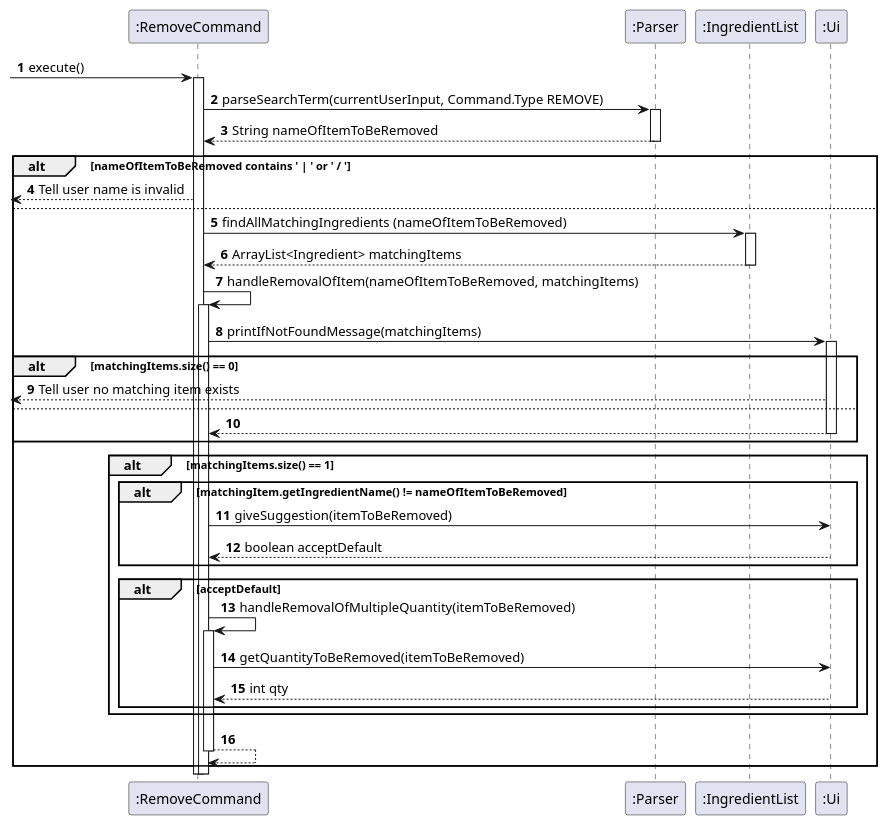
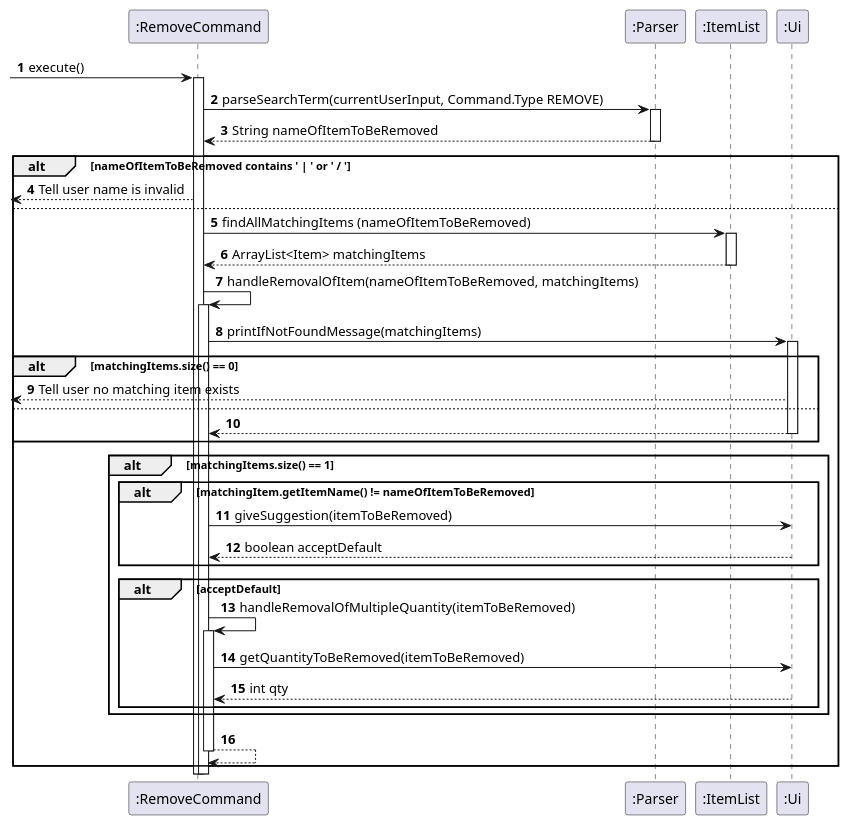
One commit to uosjapuelks/tp changed the diagram in docs/umlDiagrams/RemoveCommand.puml. Above: the diagram before and after it, drawn with PlantUML. The commit also changed 40 other files, not shown here.

Commit message:
Standardized to use Item instead of Ingredient.

```diff
--- a/docs/umlDiagrams/RemoveCommand.puml
+++ b/docs/umlDiagrams/RemoveCommand.puml
@@ -1,70 +1,70 @@
 @startuml
 'https://plantuml.com/sequence-diagram
 
 autonumber
 
 -> ":RemoveCommand": execute()
 
 activate ":RemoveCommand"
 
 ":RemoveCommand" -> ":Parser" : parseSearchTerm(currentUserInput, Command.Type REMOVE)
 activate ":Parser"
 ":RemoveCommand" <-- ":Parser": String nameOfItemToBeRemoved
 deactivate ":Parser"
 
 alt nameOfItemToBeRemoved contains ' | ' or ' / '
 
     <-- ":RemoveCommand" : Tell user name is invalid
 
 else
 
-    ":RemoveCommand" -> ":IngredientList" : findAllMatchingIngredients (nameOfItemToBeRemoved)
-    activate ":IngredientList"
-    ":RemoveCommand" <-- ":IngredientList" : ArrayList<Ingredient> matchingItems
-    deactivate ":IngredientList"
+    ":RemoveCommand" -> ":ItemList" : findAllMatchingItems (nameOfItemToBeRemoved)
+    activate ":ItemList"
+    ":RemoveCommand" <-- ":ItemList" : ArrayList<Item> matchingItems
+    deactivate ":ItemList"
 
 ":RemoveCommand" -> ":RemoveCommand": handleRemovalOfItem(nameOfItemToBeRemoved, matchingItems)
 activate ":RemoveCommand"
 
 ":RemoveCommand" -> ":Ui": printIfNotFoundMessage(matchingItems)
 activate ":Ui"
 
 alt matchingItems.size() == 0
 
 <-- ":Ui": Tell user no matching item exists
 
 else
 
 ":RemoveCommand" <-- ":Ui"
 deactivate ":Ui"
 
 end
 
 alt matchingItems.size() == 1
 
-alt matchingItem.getIngredientName() != nameOfItemToBeRemoved
+alt matchingItem.getItemName() != nameOfItemToBeRemoved
 
 ":RemoveCommand" -> ":Ui": giveSuggestion(itemToBeRemoved)
 ":RemoveCommand" <-- ":Ui": boolean acceptDefault
 
 end
 
 alt acceptDefault
 
 ":RemoveCommand" -> ":RemoveCommand": handleRemovalOfMultipleQuantity(itemToBeRemoved)
 activate ":RemoveCommand"
 
 ":RemoveCommand" -> ":Ui": getQuantityToBeRemoved(itemToBeRemoved)
 ":RemoveCommand" <-- ":Ui": int qty
 
 end
 
 
 end
 
 
 ":RemoveCommand" --> ":RemoveCommand"
 deactivate ":RemoveCommand"
 end
 
 @enduml
```
